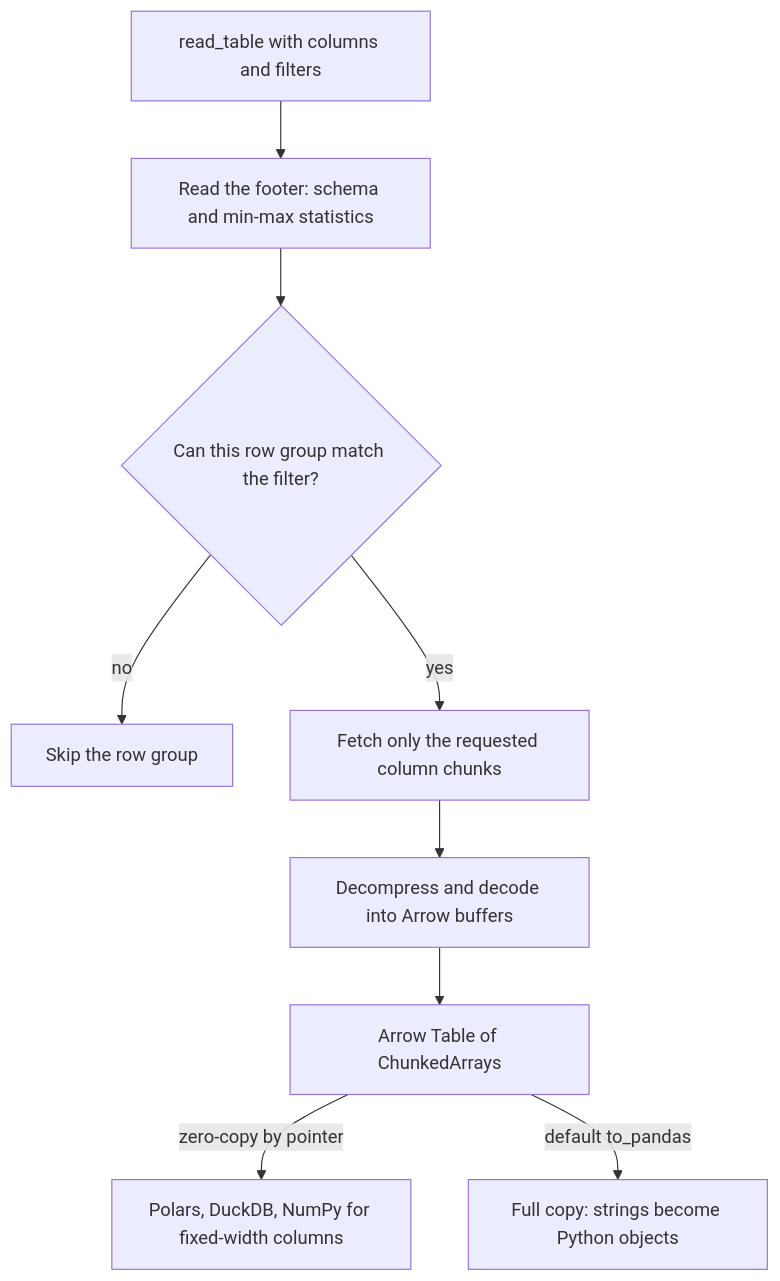
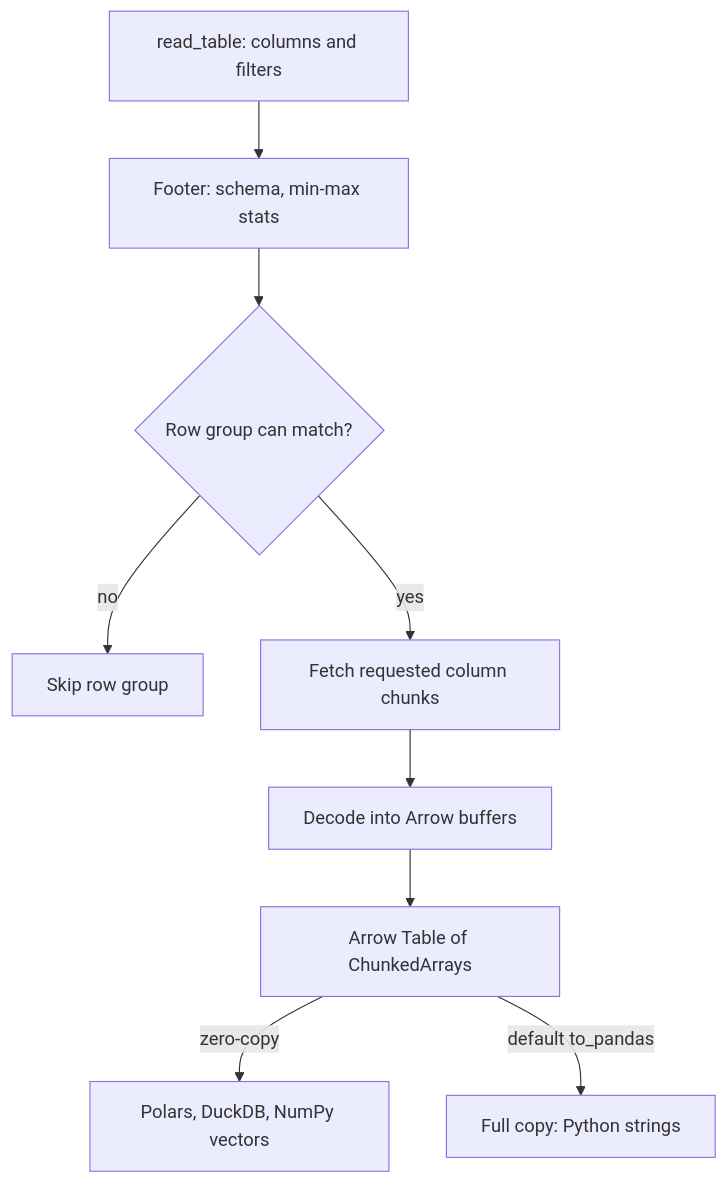
The diagram in content/python-for-ai/pyarrow.md (lovishmahajan97/agentic-learning), drawn with Mermaid before and after one commit. The commit also changed other lines of this file and 266 other files, not shown here.

````diff
--- a/content/python-for-ai/pyarrow.md
+++ b/content/python-for-ai/pyarrow.md
@@ -99,11 +116,11 @@
 ```mermaid
 flowchart TD
-    Q["read_table with columns and filters"] --> F["Read the footer: schema and min-max statistics"]
-    F --> RG{"Can this row group match the filter?"}
-    RG -->|"no"| SK["Skip the row group"]
-    RG -->|"yes"| CC["Fetch only the requested column chunks"]
-    CC --> DE["Decompress and decode into Arrow buffers"]
+    Q["read_table: columns and filters"] --> F["Footer: schema, min-max stats"]
+    F --> RG{"Row group can match?"}
+    RG -->|"no"| SK["Skip row group"]
+    RG -->|"yes"| CC["Fetch requested column chunks"]
+    CC --> DE["Decode into Arrow buffers"]
     DE --> T["Arrow Table of ChunkedArrays"]
-    T -->|"zero-copy by pointer"| L["Polars, DuckDB, NumPy for fixed-width columns"]
-    T -->|"default to_pandas"| C["Full copy: strings become Python objects"]
+    T -->|"zero-copy"| L["Polars, DuckDB, NumPy vectors"]
+    T -->|"default to_pandas"| C["Full copy: Python strings"]
 ```
````
